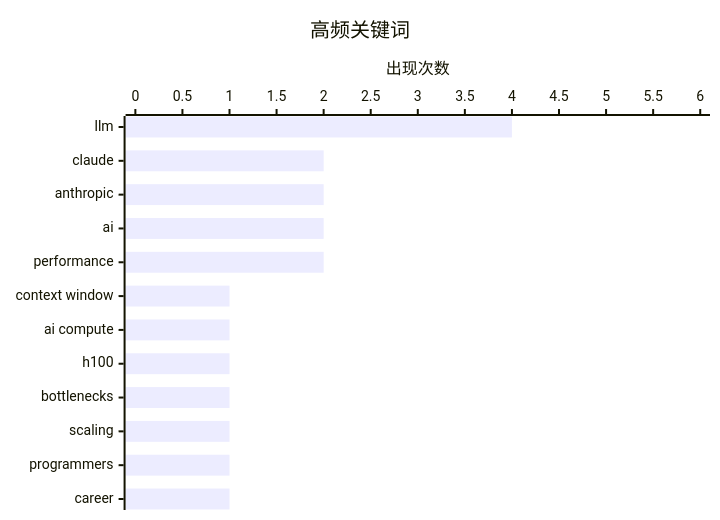
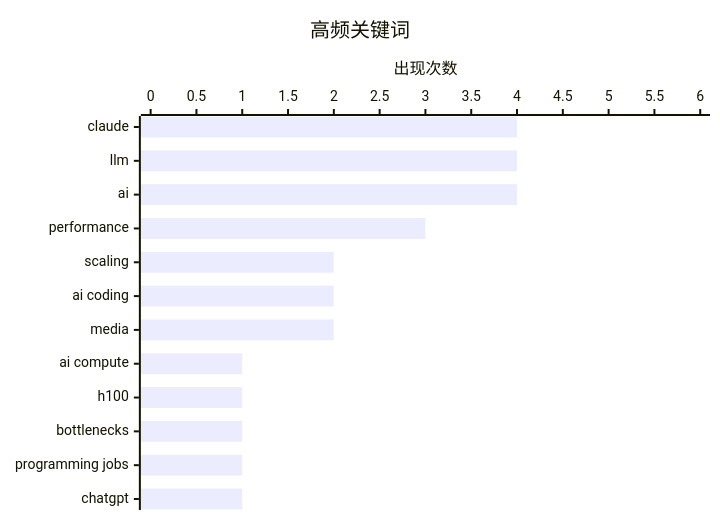
Before and after one commit to vacat/vacat.github.io: the second of 2 diagrams in content/blog/daily-digest-20260314.zh.md, drawn with Mermaid. The commit also changed other lines of this file, not shown here.

````diff
--- a/content/blog/daily-digest-20260314.zh.md
+++ b/content/blog/daily-digest-20260314.zh.md
@@ -64,7 +67,7 @@
 ```mermaid
 xychart-beta horizontal
     title "高频关键词"
-    x-axis ["llm", "claude", "anthropic", "ai", "performance", "context window", "ai compute", "h100", "bottlenecks", "scaling", "programmers", "career"]
+    x-axis ["claude", "llm", "ai", "performance", "scaling", "ai coding", "media", "ai compute", "h100", "bottlenecks", "programming jobs", "chatgpt"]
     y-axis "出现次数" 0 --> 6
-    bar [4, 2, 2, 2, 2, 1, 1, 1, 1, 1, 1, 1]
+    bar [4, 4, 4, 3, 2, 2, 2, 1, 1, 1, 1, 1]
 ```
````
